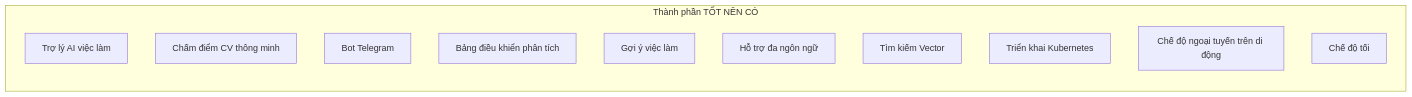
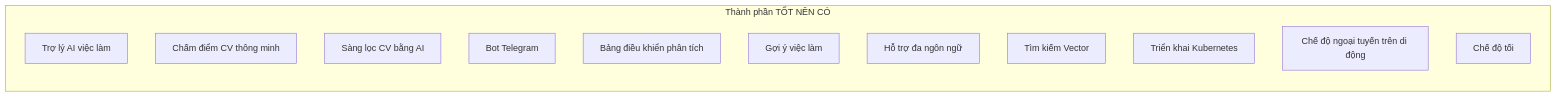
Before and after one commit to dut-pbl6-2026/job-platform-docs: the first of 7 diagrams in docs/srs/vi/5-nice-to-have-fr.vi.md, drawn with Mermaid. The commit also changed other lines of this file and 7 other files, not shown here.

````diff
--- a/docs/srs/vi/5-nice-to-have-fr.vi.md
+++ b/docs/srs/vi/5-nice-to-have-fr.vi.md
@@ -21,15 +21,16 @@
 ```mermaid
 flowchart LR
     subgraph NiceToHave["Thành phần TỐT NÊN CÓ"]
         AI["Trợ lý AI việc làm"]
         SCORE["Chấm điểm CV thông minh"]
+        SCREEN["Sàng lọc CV bằng AI"]
         TELE["Bot Telegram"]
         ANALYTICS["Bảng điều khiển phân tích"]
         RECOMMEND["Gợi ý việc làm"]
         I18N["Hỗ trợ đa ngôn ngữ"]
         VECTOR["Tìm kiếm Vector"]
         K8S["Triển khai Kubernetes"]
         OFFLINE["Chế độ ngoại tuyến trên di động"]
         DARK["Chế độ tối"]
     end
 ```
````
